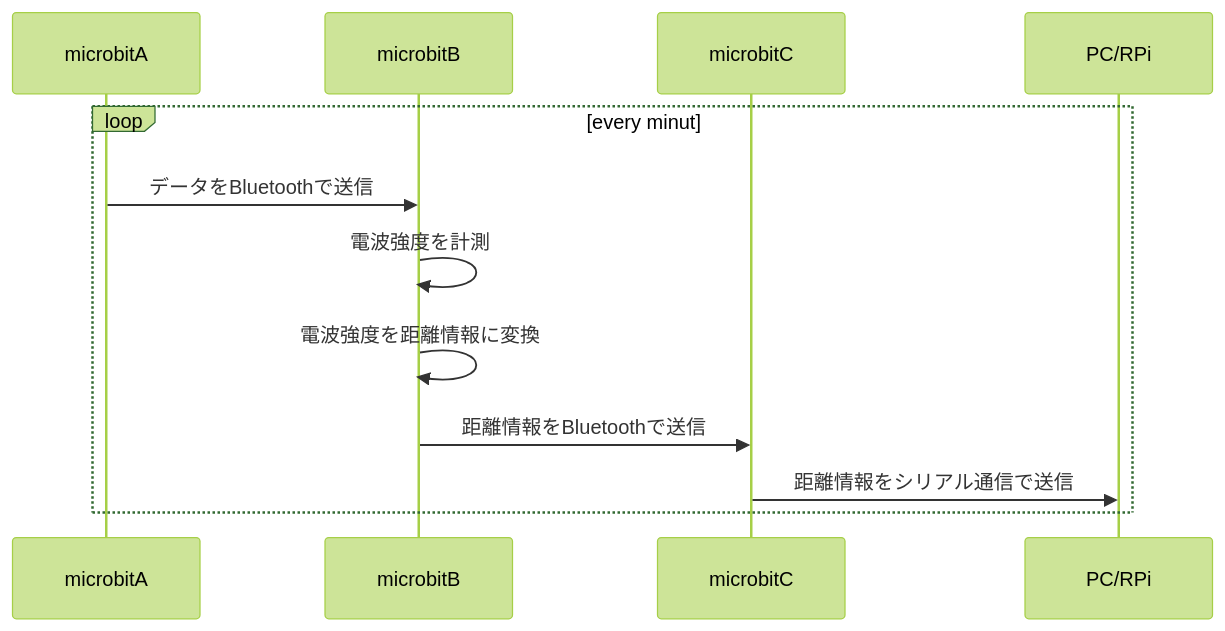
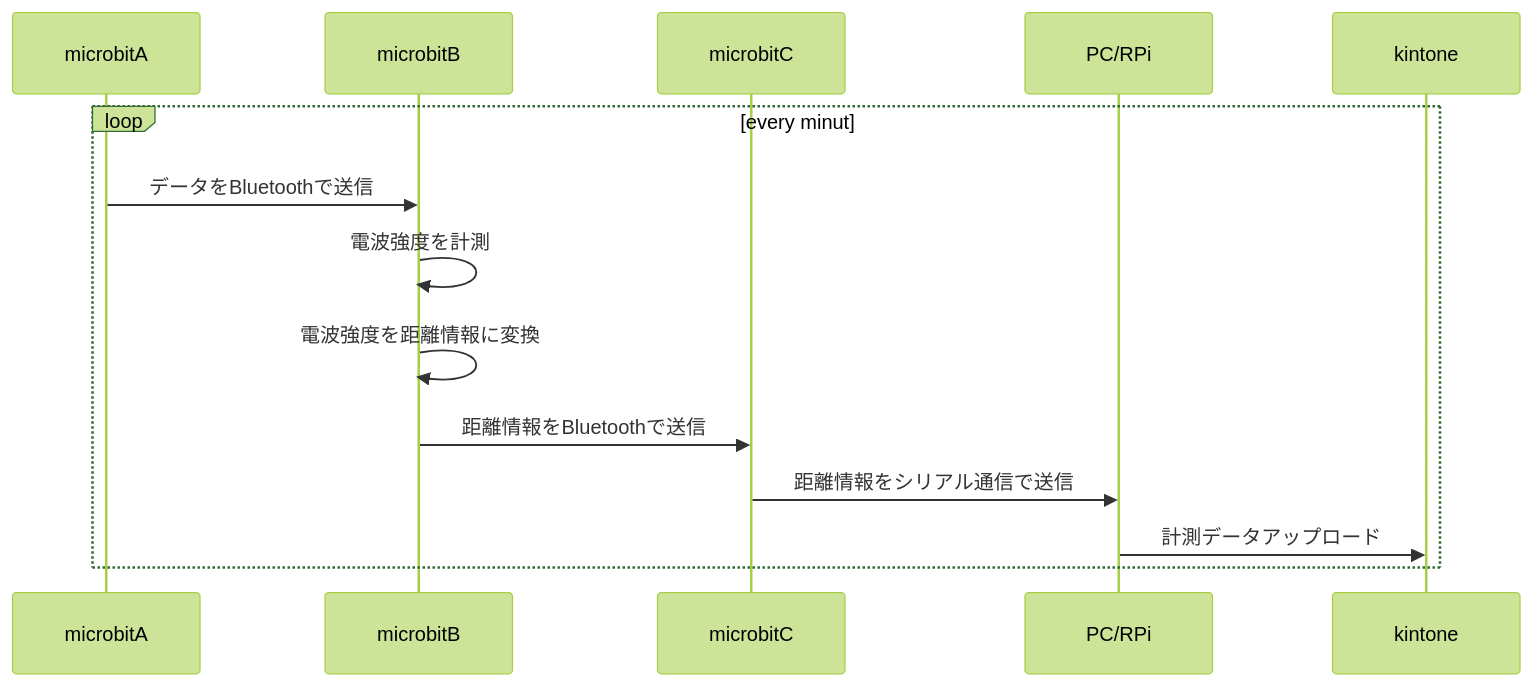
The first of 2 diagrams in nh2019_jo/doc/README.md (mkx76/microbit_prototype), drawn with Mermaid (forest theme) before and after one commit. The commit also changed other lines of this file, not shown here.

Commit message:
kintoneをシーケンス、構成図に追加

````diff
--- a/nh2019_jo/doc/README.md
+++ b/nh2019_jo/doc/README.md
@@ -8,10 +8,11 @@
 ```mermaid
 sequenceDiagram
   loop every minut
     microbitA->>microbitB: データをBluetoothで送信
     microbitB->>microbitB: 電波強度を計測
     microbitB->>microbitB: 電波強度を距離情報に変換
     microbitB->>microbitC: 距離情報をBluetoothで送信
     microbitC->>PC/RPi: 距離情報をシリアル通信で送信
+    PC/RPi->>kintone: 計測データアップロード
   end
 ```
````
